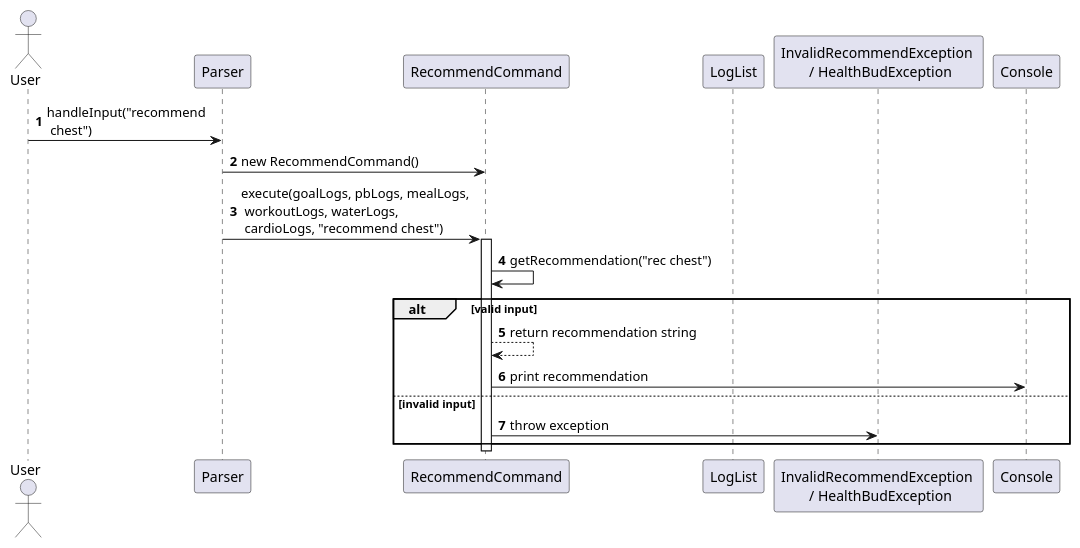
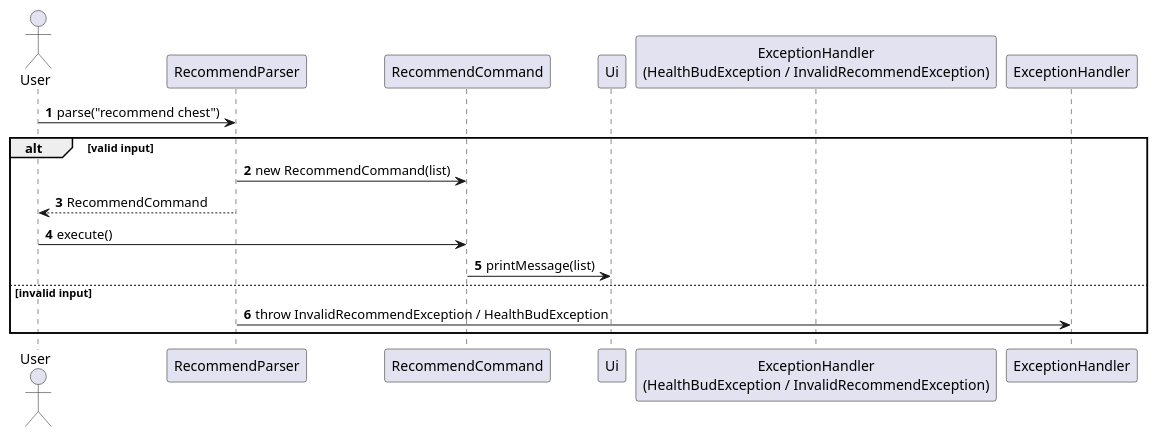
One commit to Jasonlobo21/tp changed the diagram in docs/Diagrams/RecommendSD.puml. Above: the diagram before and after it, drawn with PlantUML. The commit also changed other lines of this file and 7 other files, not shown here.

Commit message:
recommend and status command JUnit update recommend CD and SD

```diff
--- a/docs/Diagrams/RecommendSD.puml
+++ b/docs/Diagrams/RecommendSD.puml
@@ -1,29 +1,26 @@
 @startuml
 'autonumber adds numbering to calls
 autonumber
 
 /' for now i put as alt for valid input and invalid input'/
 /' but idk if i shoukd be splitting it into the respective muscle groups and their respective outputs'/
 /' can u have multiple boxes for alt? is not limited to 2 paths rye - need to ask cf'/
+
 actor User
-participant Parser
-participant RecommendCommand
-participant LogList
-participant ExceptionHandler as "InvalidRecommendException \n / HealthBudException"
+participant "RecommendParser" as Parser
+participant "RecommendCommand"
+participant "Ui"
+participant "ExceptionHandler\n(HealthBudException / InvalidRecommendException)"
 
-User -> Parser: handleInput("recommend\n chest")
-Parser -> RecommendCommand: new RecommendCommand()
-Parser -> RecommendCommand: execute(goalLogs, pbLogs, mealLogs,\n workoutLogs, waterLogs, \n cardioLogs, "recommend chest")
-
-activate RecommendCommand
-RecommendCommand -> RecommendCommand: getRecommendation("rec chest")
+User -> Parser: parse("recommend chest")
 
 alt valid input
-    RecommendCommand --> RecommendCommand: return recommendation string
-    RecommendCommand -> Console: print recommendation
+    Parser -> RecommendCommand: new RecommendCommand(list)
+    Parser --> User: RecommendCommand
+    User -> RecommendCommand: execute()
+    RecommendCommand -> Ui: printMessage(list)
 else invalid input
-    RecommendCommand -> ExceptionHandler: throw exception
+    Parser -> ExceptionHandler: throw InvalidRecommendException / HealthBudException
 end
 
-deactivate RecommendCommand
 @enduml
```
